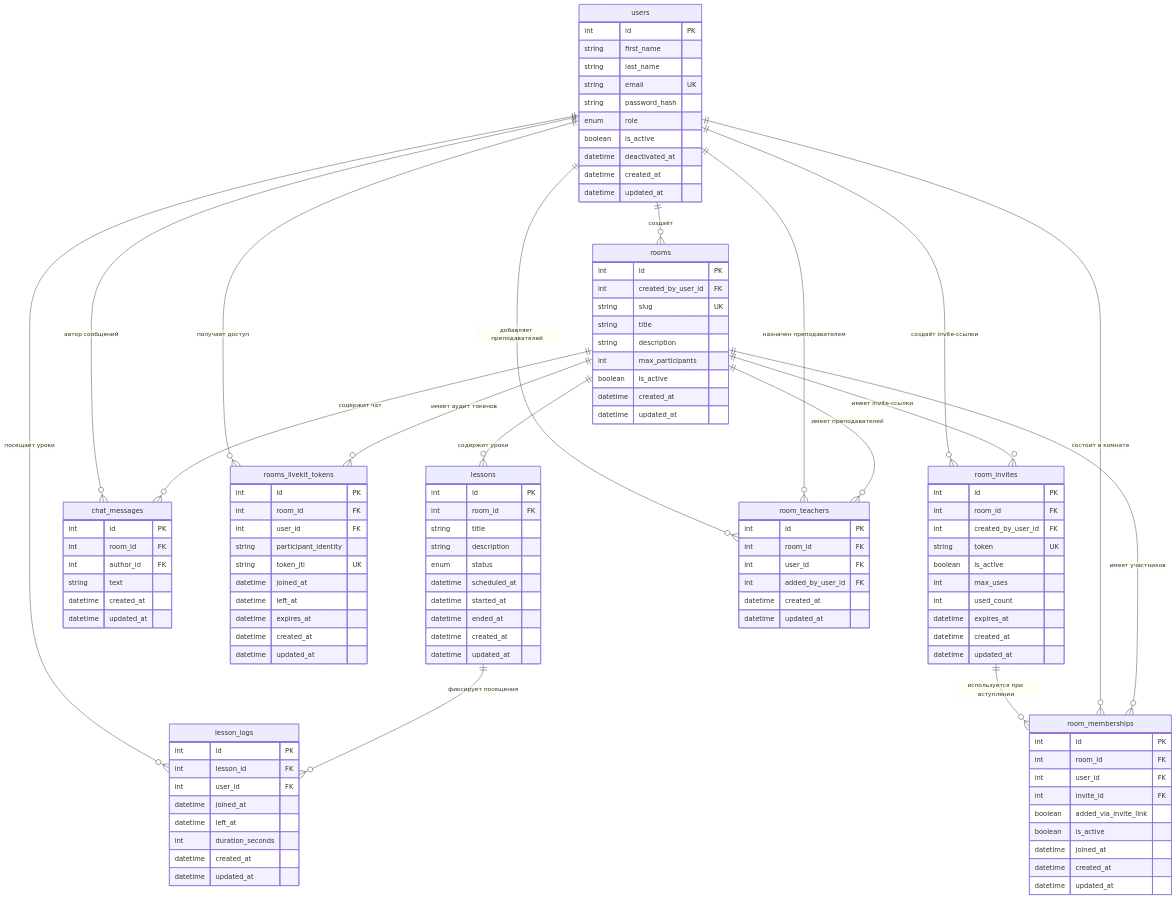
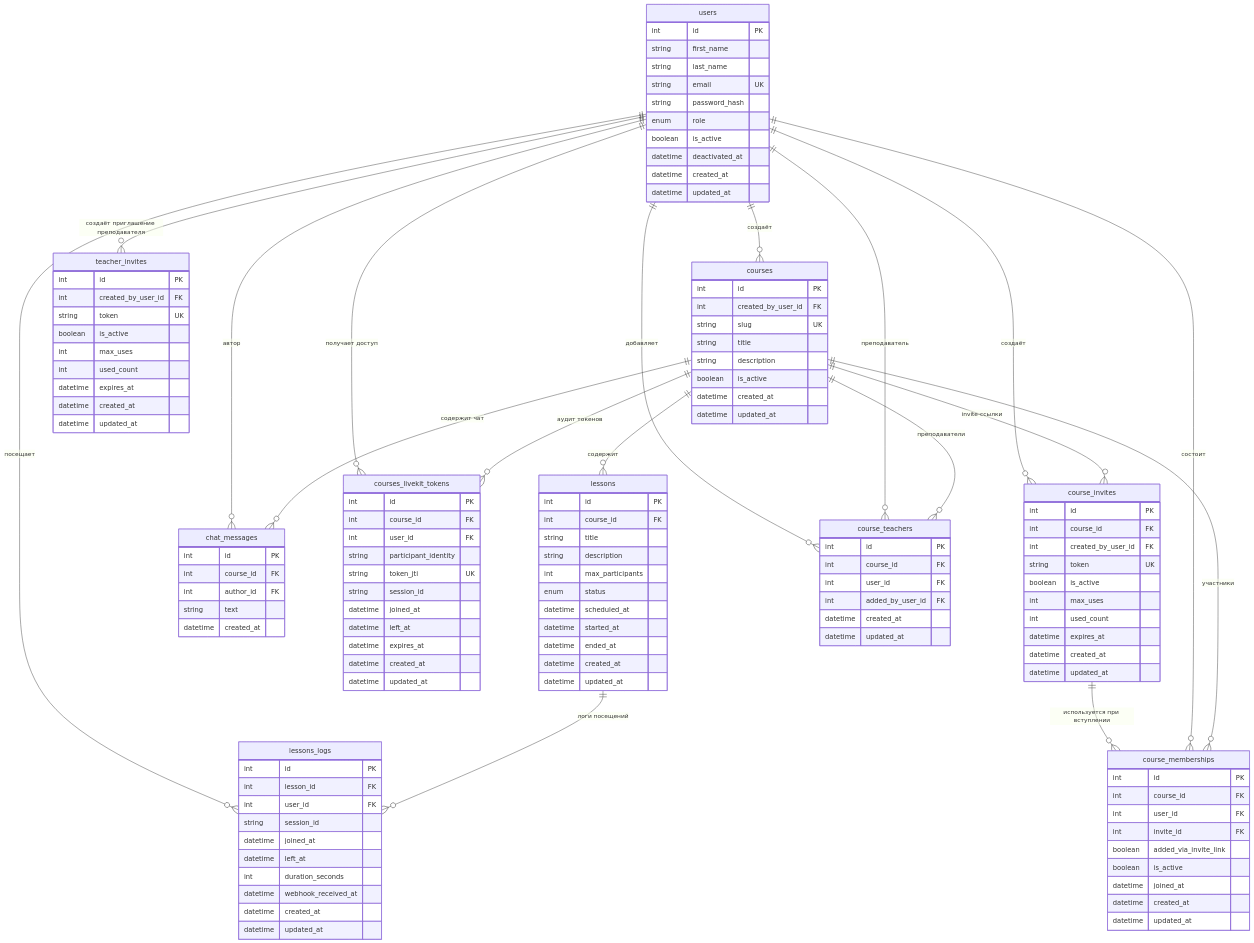
Before and after one commit to mertvec-dev/platform-for-online-lesson: the diagram in backend/docs/TABLE.md, drawn with Mermaid. The commit also changed other lines of this file and 105 other files, not shown here.

````diff
--- a/backend/docs/TABLE.md
+++ b/backend/docs/TABLE.md
@@ -15,13 +15,12 @@
         datetime updated_at
     }
 
-    rooms {
+    courses {
         int id PK
         int created_by_user_id FK
         string slug UK
         string title
         string description
-        int max_participants
         boolean is_active
         datetime created_at
         datetime updated_at
@@ -29,9 +28,10 @@
 
     lessons {
         int id PK
-        int room_id FK
+        int course_id FK
         string title
         string description
+        int max_participants
         enum status
         datetime scheduled_at
         datetime started_at
@@ -40,32 +40,34 @@
         datetime updated_at
     }
 
-    lesson_logs {
+    lessons_logs {
         int id PK
         int lesson_id FK
         int user_id FK
+        string session_id
         datetime joined_at
         datetime left_at
         int duration_seconds
+        datetime webhook_received_at
         datetime created_at
         datetime updated_at
     }
 
     chat_messages {
         int id PK
-        int room_id FK
+        int course_id FK
         int author_id FK
         string text
         datetime created_at
-        datetime updated_at
     }
 
-    rooms_livekit_tokens {
+    courses_livekit_tokens {
         int id PK
-        int room_id FK
+        int course_id FK
         int user_id FK
         string participant_identity
         string token_jti UK
+        string session_id
         datetime joined_at
         datetime left_at
         datetime expires_at
@@ -73,9 +75,9 @@
         datetime updated_at
     }
 
-    room_invites {
+    course_invites {
         int id PK
-        int room_id FK
+        int course_id FK
         int created_by_user_id FK
         string token UK
         boolean is_active
@@ -86,9 +88,9 @@
         datetime updated_at
     }
 
-    room_memberships {
+    course_memberships {
         int id PK
-        int room_id FK
+        int course_id FK
         int user_id FK
         int invite_id FK
         boolean added_via_invite_link
@@ -98,34 +100,48 @@
         datetime updated_at
     }
 
-    room_teachers {
+    course_teachers {
         int id PK
-        int room_id FK
+        int course_id FK
         int user_id FK
         int added_by_user_id FK
         datetime created_at
         datetime updated_at
     }
 
-    users ||--o{ rooms : "создаёт"
-    rooms ||--o{ lessons : "содержит уроки"
-    lessons ||--o{ lesson_logs : "фиксирует посещения"
-    users ||--o{ lesson_logs : "посещает уроки"
+    teacher_invites {
+        int id PK
+        int created_by_user_id FK
+        string token UK
+        boolean is_active
+        int max_uses
+        int used_count
+        datetime expires_at
+        datetime created_at
+        datetime updated_at
+    }
 
-    rooms ||--o{ chat_messages : "содержит чат"
-    users ||--o{ chat_messages : "автор сообщений"
+    users ||--o{ courses : "создаёт"
+    courses ||--o{ lessons : "содержит"
+    lessons ||--o{ lessons_logs : "логи посещений"
+    users ||--o{ lessons_logs : "посещает"
 
-    rooms ||--o{ rooms_livekit_tokens : "имеет аудит токенов"
-    users ||--o{ rooms_livekit_tokens : "получает доступ"
+    courses ||--o{ chat_messages : "содержит чат"
+    users ||--o{ chat_messages : "автор"
 
-    rooms ||--o{ room_invites : "имеет invite-ссылки"
-    users ||--o{ room_invites : "создаёт invite-ссылки"
+    courses ||--o{ courses_livekit_tokens : "аудит токенов"
+    users ||--o{ courses_livekit_tokens : "получает доступ"
 
-    rooms ||--o{ room_memberships : "имеет участников"
-    users ||--o{ room_memberships : "состоит в комнате"
-    room_invites ||--o{ room_memberships : "используется при вступлении"
+    courses ||--o{ course_invites : "invite-ссылки"
+    users ||--o{ course_invites : "создаёт"
 
-    rooms ||--o{ room_teachers : "имеет преподавателей"
-    users ||--o{ room_teachers : "назначен преподавателем"
-    users ||--o{ room_teachers : "добавляет преподавателей"
+    courses ||--o{ course_memberships : "участники"
+    users ||--o{ course_memberships : "состоит"
+    course_invites ||--o{ course_memberships : "используется при вступлении"
+
+    courses ||--o{ course_teachers : "преподаватели"
+    users ||--o{ course_teachers : "преподаватель"
+    users ||--o{ course_teachers : "добавляет"
+
+    users ||--o{ teacher_invites : "создаёт приглашение преподавателя"
 ```
````
